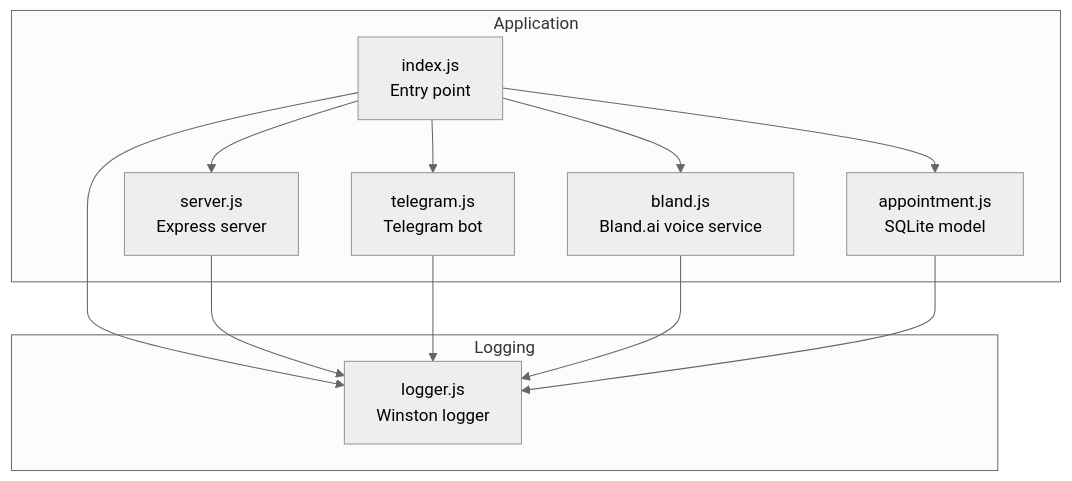
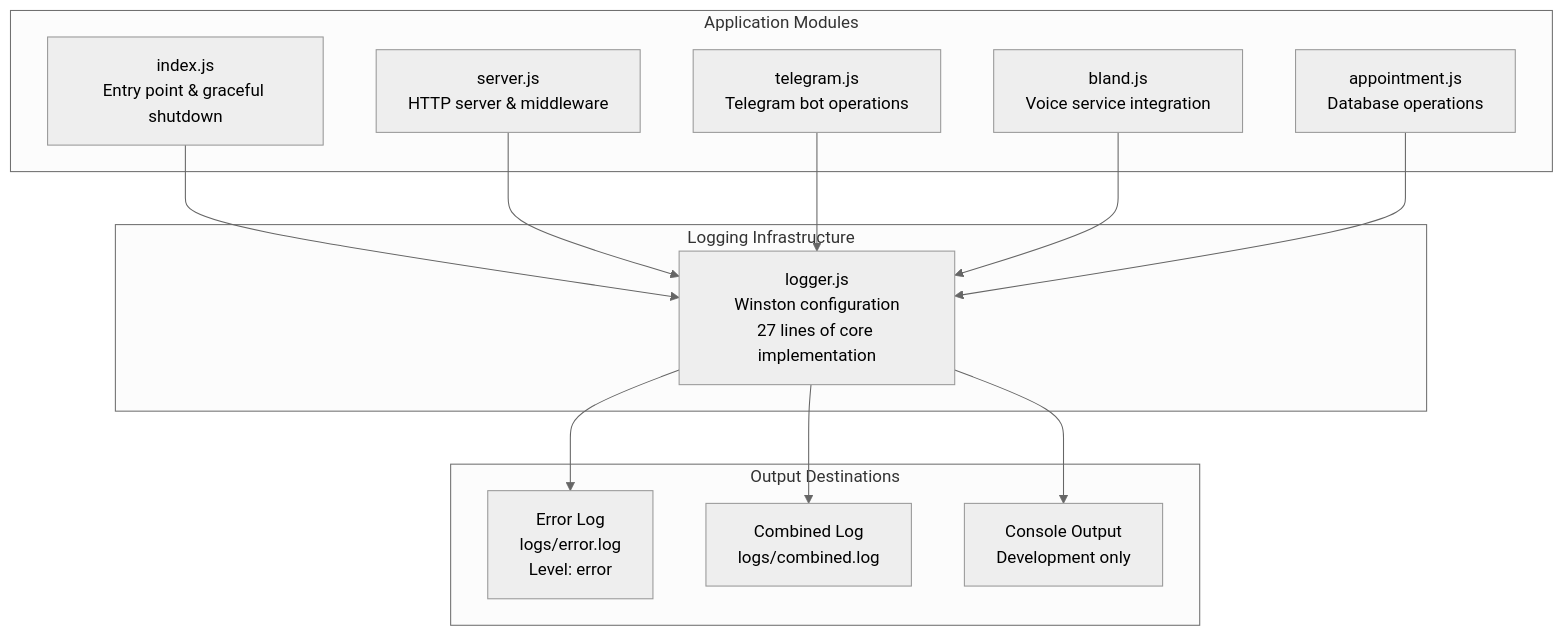
The first of 9 diagrams in .qoder/repowiki/en/content/Logging and Monitoring.md (Armanda888/appointment-voice-agent), drawn with Mermaid (neutral theme) before and after one commit. The commit also changed other lines of this file and 14 other files, not shown here.

````diff
--- a/.qoder/repowiki/en/content/Logging and Monitoring.md
+++ b/.qoder/repowiki/en/content/Logging and Monitoring.md
@@ -33,22 +41,26 @@
 ```mermaid
 graph TB
-subgraph "Application"
-IDX["index.js<br/>Entry point"]
-SRV["server.js<br/>Express server"]
-BOT["telegram.js<br/>Telegram bot"]
-BLND["bland.js<br/>Bland.ai voice service"]
-APPM["appointment.js<br/>SQLite model"]
+subgraph "Application Modules"
+IDX["index.js<br/>Entry point & graceful shutdown"]
+SRV["server.js<br/>HTTP server & middleware"]
+BOT["telegram.js<br/>Telegram bot operations"]
+BLND["bland.js<br/>Voice service integration"]
+APPM["appointment.js<br/>Database operations"]
 end
-subgraph "Logging"
-LOG["logger.js<br/>Winston logger"]
+subgraph "Logging Infrastructure"
+LOG["logger.js<br/>Winston configuration<br/>27 lines of core implementation"]
+end
+subgraph "Output Destinations"
+ERR["Error Log<br/>logs/error.log<br/>Level: error"]
+COMB["Combined Log<br/>logs/combined.log"]
+CONS["Console Output<br/>Development only"]
 end
 IDX --> LOG
-IDX --> SRV
-IDX --> BOT
-IDX --> BLND
-IDX --> APPM
 SRV --> LOG
 BOT --> LOG
 BLND --> LOG
 APPM --> LOG
+LOG --> ERR
+LOG --> COMB
+LOG --> CONS
 ```
````
